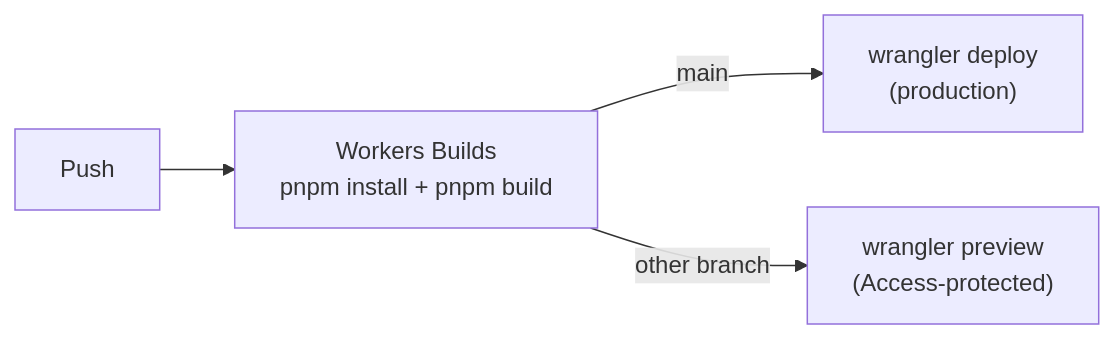
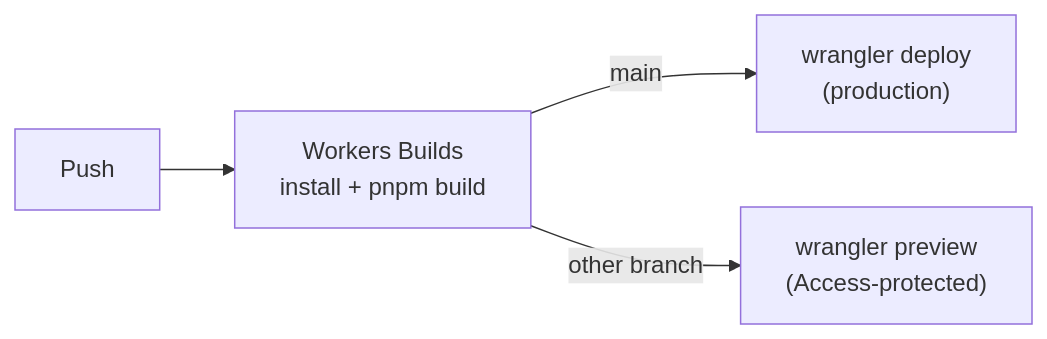
Before and after one commit to Dallas-Ng/ntu-mods: the diagram in docs/deployment.md, drawn with Mermaid. The commit also changed other lines of this file and 30 other files, not shown here.

````diff
--- a/docs/deployment.md
+++ b/docs/deployment.md
@@ -11,6 +11,6 @@
 ```mermaid
 flowchart LR
-    PUSH[Push] --> WB[Workers Builds<br/>pnpm install + pnpm build]
+    PUSH[Push] --> WB[Workers Builds<br/>install + pnpm build]
     WB -- main --> PROD["wrangler deploy<br/>(production)"]
     WB -- other branch --> PREV["wrangler preview<br/>(Access-protected)"]
 ```
````
